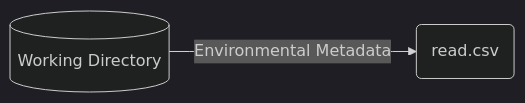
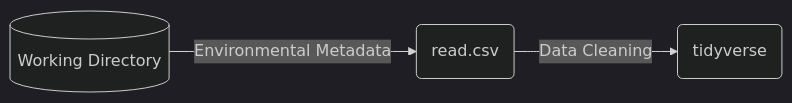
The second of 2 diagrams in README.md (aptejada/Mermaid-Markdown-Practice-File), drawn with Mermaid (dark theme) before and after one commit.

````diff
--- a/README.md
+++ b/README.md
@@ -26,4 +26,5 @@
 ```mermaid
 flowchart LR
 id1[(Working Directory)] --> |Environmental Metadata| B(read.csv)
+B --> |Data Cleaning| C(tidyverse)
 ```
````
